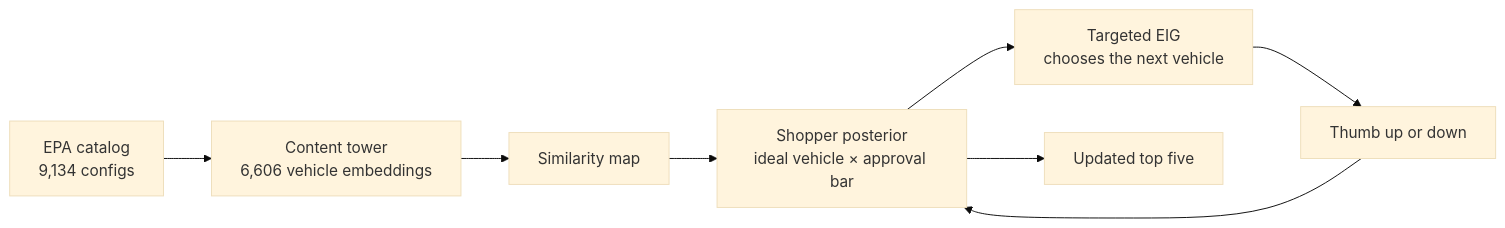
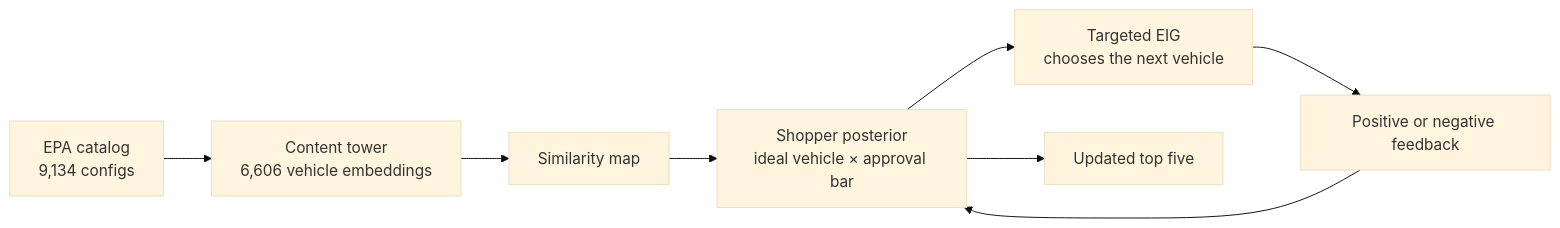
Before and after one commit to DerekAlanGilbert/recommendation-engine: the diagram in README.md, drawn with Mermaid (base theme). The commit also changed other lines of this file, not shown here.

````diff
--- a/README.md
+++ b/README.md
@@ -47,10 +47,10 @@
 ```mermaid
 flowchart LR
     A["EPA catalog<br>9,134 configs"] --> B["Content tower<br>6,606 vehicle embeddings"]
     B --> C["Similarity map"]
     C --> D["Shopper posterior<br>ideal vehicle × approval bar"]
     D --> E["Targeted EIG<br>chooses the next vehicle"]
-    E --> F["Thumb up or down"]
+    E --> F["Positive or negative feedback"]
     F --> D
     D --> G["Updated top five"]
 ```
````
